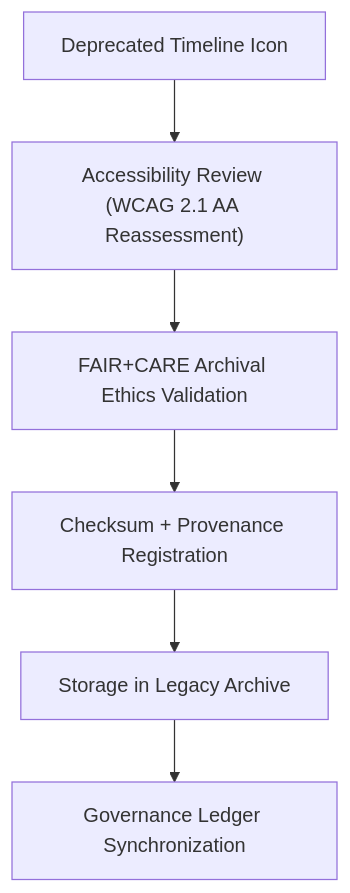
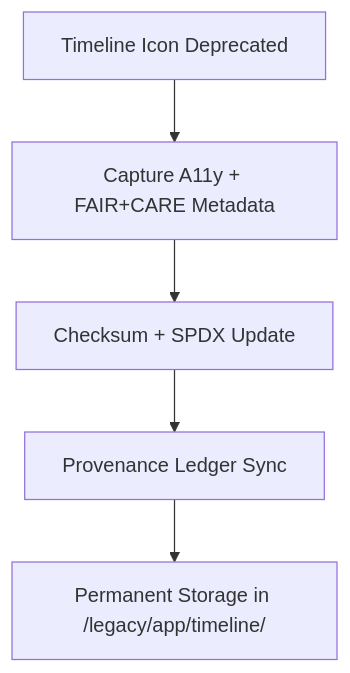
The diagram in web/public/icons/legacy/app/timeline/README.md (bartytime4life/Kansas-Frontier-Matrix), drawn with Mermaid before and after one commit. The commit also changed other lines of this file, not shown here.

````diff
--- a/web/public/icons/legacy/app/timeline/README.md
+++ b/web/public/icons/legacy/app/timeline/README.md
@@ -66,8 +57,7 @@
 ```mermaid
 flowchart TD
-    A["Deprecated Timeline Icon"] --> B["Accessibility Review (WCAG 2.1 AA Reassessment)"]
-    B --> C["FAIR+CARE Archival Ethics Validation"]
-    C --> D["Checksum + Provenance Registration"]
-    D --> E["Storage in Legacy Archive"]
-    E --> F["Governance Ledger Synchronization"]
+A["Timeline Icon Deprecated"] --> B["Capture A11y + FAIR+CARE Metadata"]
+B --> C["Checksum + SPDX Update"]
+C --> D["Provenance Ledger Sync"]
+D --> E["Permanent Storage in /legacy/app/timeline/"]
 ```
````
